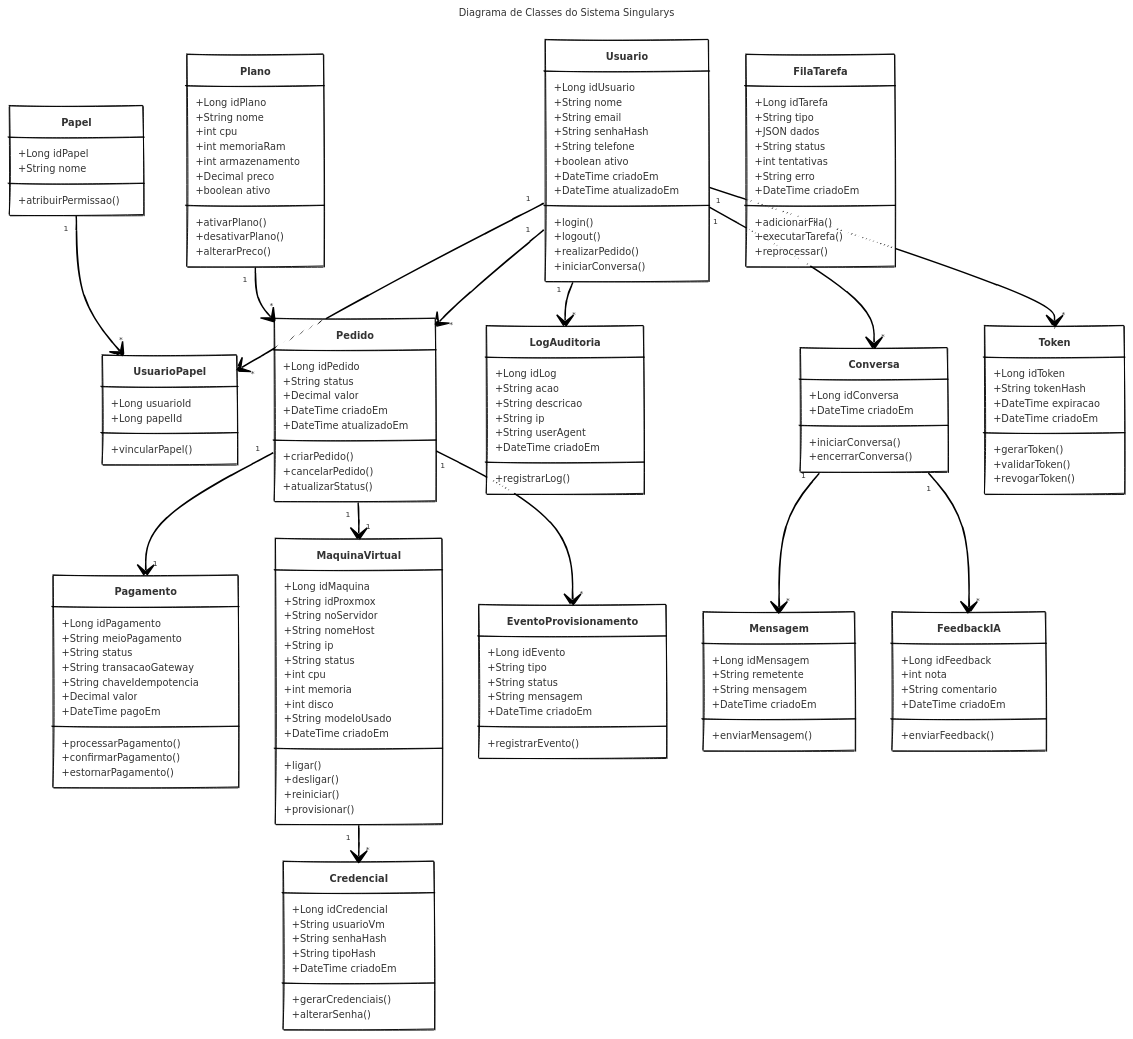
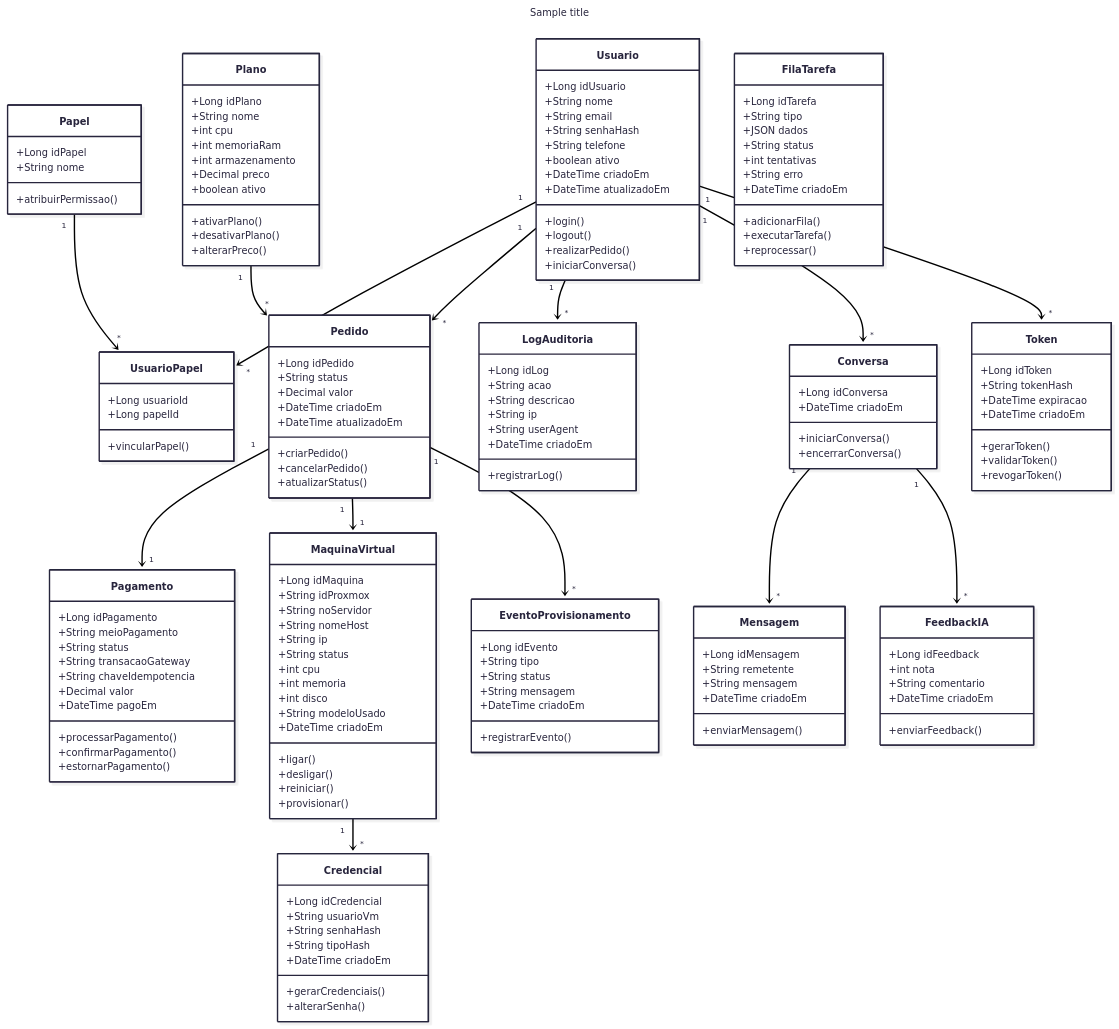
One commit to zenferri/Projeto-P1 changed the diagram in README-Singularys-atualizado.md. Above: the diagram before and after it, drawn with Mermaid.

````diff
--- a/README-Singularys-atualizado.md
+++ b/README-Singularys-atualizado.md
@@ -258,167 +258,171 @@
 ```mermaid
 ---
 config:
-  theme: neo
-  look: handDrawn
-title: Diagrama de Classes do Sistema Singularys
+  theme: redux
+  look: neo
+  layout: dagre
+  fontFamily: '''Recursive Variable'', sans-serif'
+  themeVariables:
+    fontFamily: '''Recursive Variable'', sans-serif'
+title: Sample title
 ---
 classDiagram
 direction TB
     class Usuario {
-        +Long idUsuario
-        +String nome
-        +String email
-        +String senhaHash
-        +String telefone
-        +boolean ativo
-        +DateTime criadoEm
-        +DateTime atualizadoEm
-        +login()
-        +logout()
-        +realizarPedido()
-        +iniciarConversa()
+	    +Long idUsuario
+	    +String nome
+	    +String email
+	    +String senhaHash
+	    +String telefone
+	    +boolean ativo
+	    +DateTime criadoEm
+	    +DateTime atualizadoEm
+	    +login()
+	    +logout()
+	    +realizarPedido()
+	    +iniciarConversa()
     }
 
     class Papel {
-        +Long idPapel
-        +String nome
-        +atribuirPermissao()
+	    +Long idPapel
+	    +String nome
+	    +atribuirPermissao()
     }
 
     class UsuarioPapel {
-        +Long usuarioId
-        +Long papelId
-        +vincularPapel()
+	    +Long usuarioId
+	    +Long papelId
+	    +vincularPapel()
     }
 
     class Plano {
-        +Long idPlano
-        +String nome
-        +int cpu
-        +int memoriaRam
-        +int armazenamento
-        +Decimal preco
-        +boolean ativo
-        +ativarPlano()
-        +desativarPlano()
-        +alterarPreco()
+	    +Long idPlano
+	    +String nome
+	    +int cpu
+	    +int memoriaRam
+	    +int armazenamento
+	    +Decimal preco
+	    +boolean ativo
+	    +ativarPlano()
+	    +desativarPlano()
+	    +alterarPreco()
     }
 
     class Pedido {
-        +Long idPedido
-        +String status
-        +Decimal valor
-        +DateTime criadoEm
-        +DateTime atualizadoEm
-        +criarPedido()
-        +cancelarPedido()
-        +atualizarStatus()
+	    +Long idPedido
+	    +String status
+	    +Decimal valor
+	    +DateTime criadoEm
+	    +DateTime atualizadoEm
+	    +criarPedido()
+	    +cancelarPedido()
+	    +atualizarStatus()
     }
 
     class Pagamento {
-        +Long idPagamento
-        +String meioPagamento
-        +String status
-        +String transacaoGateway
-        +String chaveIdempotencia
-        +Decimal valor
-        +DateTime pagoEm
-        +processarPagamento()
-        +confirmarPagamento()
-        +estornarPagamento()
+	    +Long idPagamento
+	    +String meioPagamento
+	    +String status
+	    +String transacaoGateway
+	    +String chaveIdempotencia
+	    +Decimal valor
+	    +DateTime pagoEm
+	    +processarPagamento()
+	    +confirmarPagamento()
+	    +estornarPagamento()
     }
 
     class MaquinaVirtual {
-        +Long idMaquina
-        +String idProxmox
-        +String noServidor
-        +String nomeHost
-        +String ip
-        +String status
-        +int cpu
-        +int memoria
-        +int disco
-        +String modeloUsado
-        +DateTime criadoEm
-        +ligar()
-        +desligar()
-        +reiniciar()
-        +provisionar()
+	    +Long idMaquina
+	    +String idProxmox
+	    +String noServidor
+	    +String nomeHost
+	    +String ip
+	    +String status
+	    +int cpu
+	    +int memoria
+	    +int disco
+	    +String modeloUsado
+	    +DateTime criadoEm
+	    +ligar()
+	    +desligar()
+	    +reiniciar()
+	    +provisionar()
     }
 
     class Credencial {
-        +Long idCredencial
-        +String usuarioVm
-        +String senhaHash
-        +String tipoHash
-        +DateTime criadoEm
-        +gerarCredenciais()
-        +alterarSenha()
+	    +Long idCredencial
+	    +String usuarioVm
+	    +String senhaHash
+	    +String tipoHash
+	    +DateTime criadoEm
+	    +gerarCredenciais()
+	    +alterarSenha()
     }
 
     class EventoProvisionamento {
-        +Long idEvento
-        +String tipo
-        +String status
-        +String mensagem
-        +DateTime criadoEm
-        +registrarEvento()
+	    +Long idEvento
+	    +String tipo
+	    +String status
+	    +String mensagem
+	    +DateTime criadoEm
+	    +registrarEvento()
     }
 
     class LogAuditoria {
-        +Long idLog
-        +String acao
-        +String descricao
-        +String ip
-        +String userAgent
-        +DateTime criadoEm
-        +registrarLog()
+	    +Long idLog
+	    +String acao
+	    +String descricao
+	    +String ip
+	    +String userAgent
+	    +DateTime criadoEm
+	    +registrarLog()
     }
 
     class FilaTarefa {
-        +Long idTarefa
-        +String tipo
-        +JSON dados
-        +String status
-        +int tentativas
-        +String erro
-        +DateTime criadoEm
-        +adicionarFila()
-        +executarTarefa()
-        +reprocessar()
+	    +Long idTarefa
+	    +String tipo
+	    +JSON dados
+	    +String status
+	    +int tentativas
+	    +String erro
+	    +DateTime criadoEm
+	    +adicionarFila()
+	    +executarTarefa()
+	    +reprocessar()
     }
 
     class Conversa {
-        +Long idConversa
-        +DateTime criadoEm
-        +iniciarConversa()
-        +encerrarConversa()
+	    +Long idConversa
+	    +DateTime criadoEm
+	    +iniciarConversa()
+	    +encerrarConversa()
     }
 
     class Mensagem {
-        +Long idMensagem
-        +String remetente
-        +String mensagem
-        +DateTime criadoEm
-        +enviarMensagem()
+	    +Long idMensagem
+	    +String remetente
+	    +String mensagem
+	    +DateTime criadoEm
+	    +enviarMensagem()
     }
 
     class FeedbackIA {
-        +Long idFeedback
-        +int nota
-        +String comentario
-        +DateTime criadoEm
-        +enviarFeedback()
+	    +Long idFeedback
+	    +int nota
+	    +String comentario
+	    +DateTime criadoEm
+	    +enviarFeedback()
     }
 
     class Token {
-        +Long idToken
-        +String tokenHash
-        +DateTime expiracao
-        +DateTime criadoEm
-        +gerarToken()
-        +validarToken()
-        +revogarToken()
+	    +Long idToken
+	    +String tokenHash
+	    +DateTime expiracao
+	    +DateTime criadoEm
+	    +gerarToken()
+	    +validarToken()
+	    +revogarToken()
     }
 
     Usuario "1" --> "*" UsuarioPapel
````
